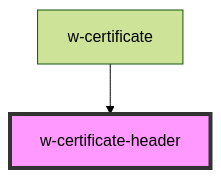
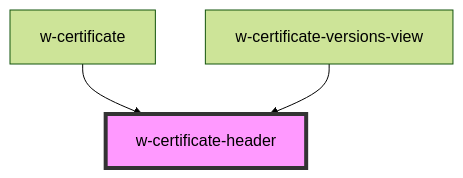
The diagram in src/components/w-certificate/components/readme.md (wordproof/ui), drawn with Mermaid (forest theme) before and after one commit. The commit also changed other lines of this file and 7 other files, not shown here.

````diff
--- a/src/components/w-certificate/components/readme.md
+++ b/src/components/w-certificate/components/readme.md
@@ -15,5 +16,6 @@
 ```mermaid
 graph TD;
   w-certificate --> w-certificate-header
+  w-certificate-versions-view --> w-certificate-header
   style w-certificate-header fill:#f9f,stroke:#333,stroke-width:4px
 ```
````
